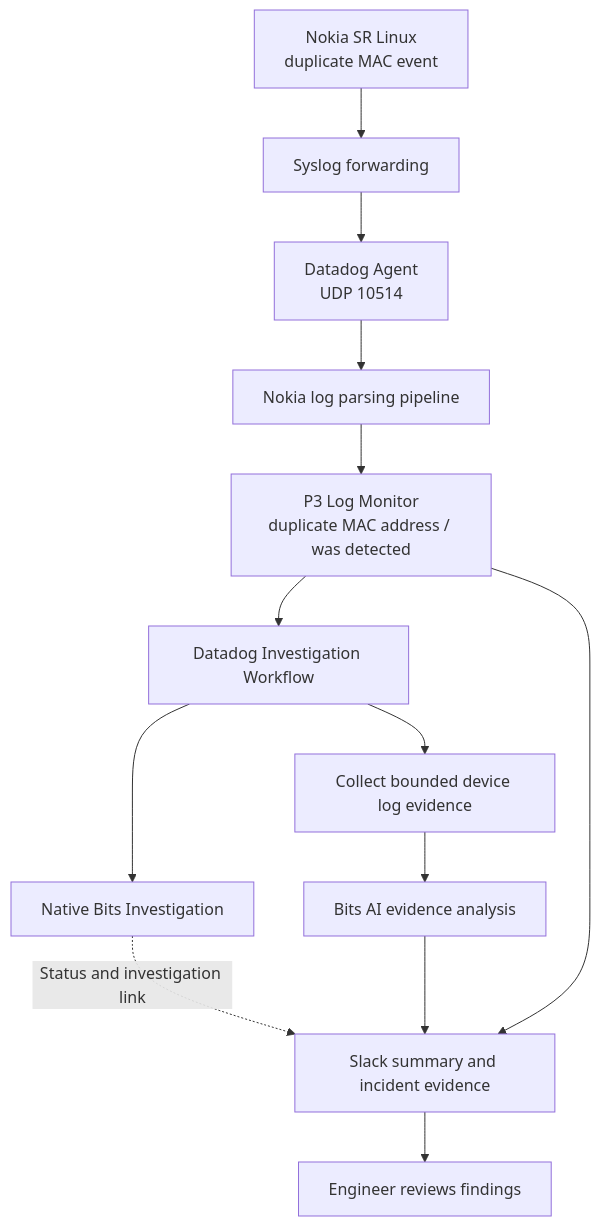
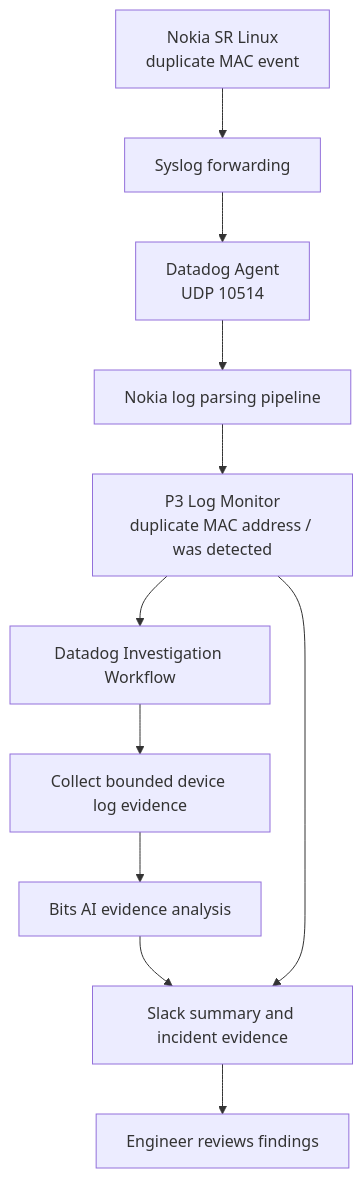
One commit to avecenabasuni/mac-flapping-aiops changed the second of 3 diagrams in README.md. Above: the diagram before and after it, drawn with Mermaid. The commit also changed other lines of this file and 6 other files, not shown here.

Commit message:
Use bounded Bits agent workflow with consistent POC Slack messages

````diff
--- a/README.md
+++ b/README.md
@@ -50,15 +50,13 @@
 ```mermaid
 flowchart TD
     SW["Nokia SR Linux<br/>duplicate MAC event"] --> SYS["Syslog forwarding"]
     SYS --> AGENT["Datadog Agent<br/>UDP 10514"]
     AGENT --> PIPE["Nokia log parsing pipeline"]
     PIPE --> MON["P3 Log Monitor<br/>duplicate MAC address / was detected"]
     MON --> INVEST["Datadog Investigation Workflow"]
-    INVEST --> NATIVE["Native Bits Investigation"]
-    NATIVE -.->|"Status and investigation link"| SLACK
     INVEST --> FETCH["Collect bounded device log evidence"]
     FETCH --> AI["Bits AI evidence analysis"]
     AI --> SLACK["Slack summary and incident evidence"]
     MON --> SLACK
     SLACK --> HUMAN["Engineer reviews findings"]
 ```
````
